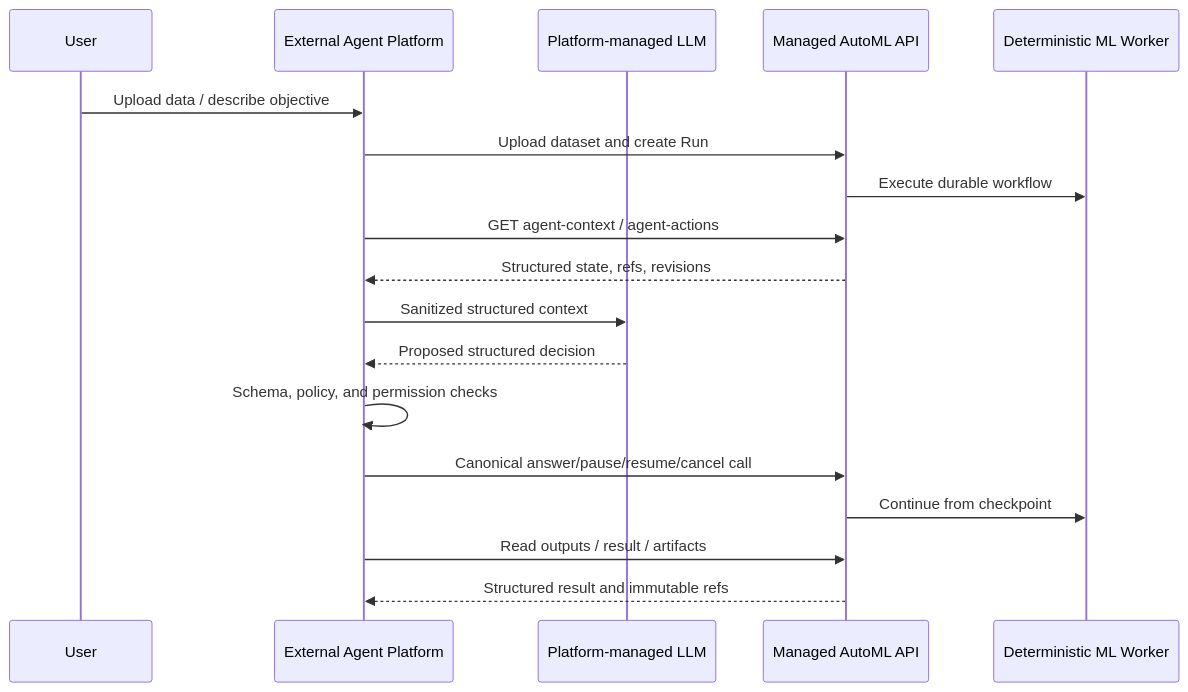
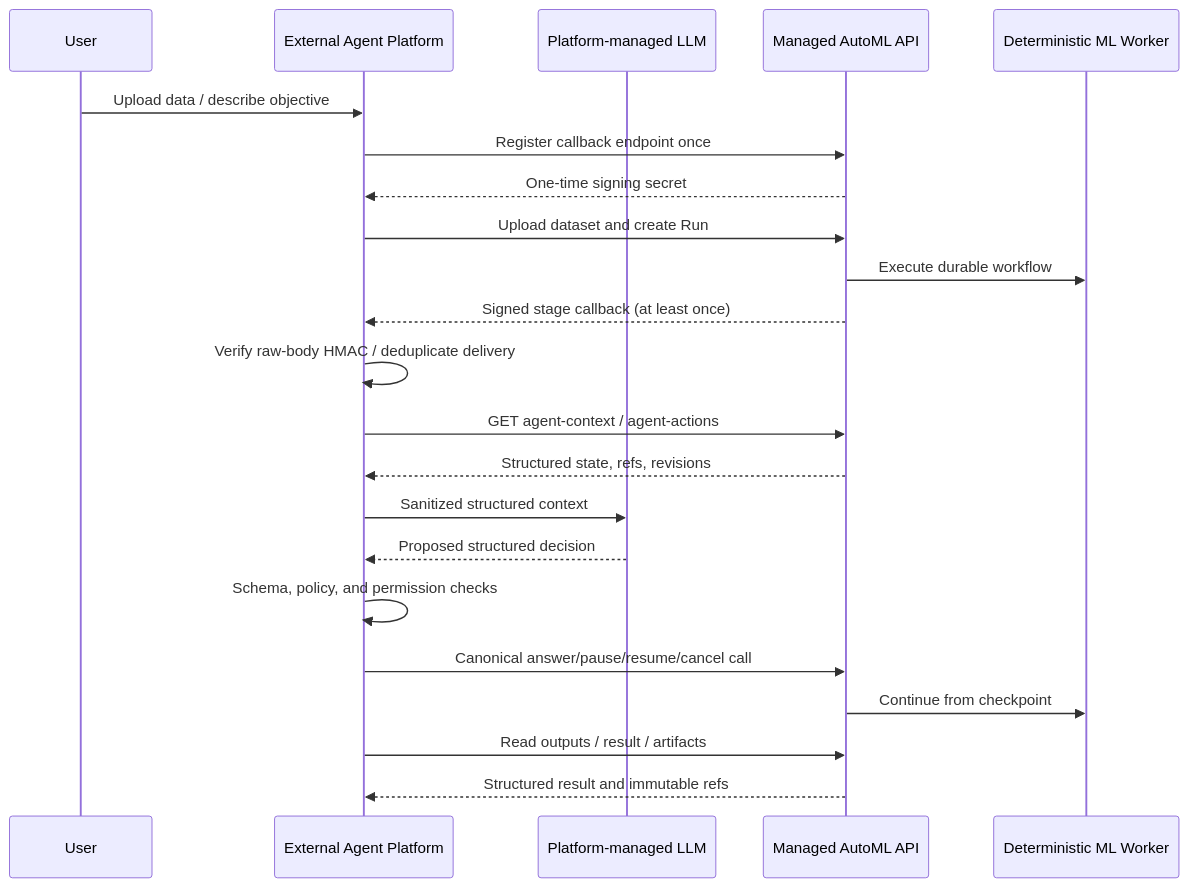
Before and after one commit to 2270677671/automl-api: the diagram in docs/external-agent-integration.md, drawn with Mermaid. The commit also changed other lines of this file and 60 other files, not shown here.

````diff
--- a/docs/external-agent-integration.md
+++ b/docs/external-agent-integration.md
@@ -11,21 +11,25 @@
 ```mermaid
 sequenceDiagram
     participant User as User
     participant Platform as External Agent Platform
     participant LLM as Platform-managed LLM
     participant API as Managed AutoML API
     participant Worker as Deterministic ML Worker
 
     User->>Platform: Upload data / describe objective
+    Platform->>API: Register callback endpoint once
+    API-->>Platform: One-time signing secret
     Platform->>API: Upload dataset and create Run
     API->>Worker: Execute durable workflow
+    API-->>Platform: Signed stage callback (at least once)
+    Platform->>Platform: Verify raw-body HMAC / deduplicate delivery
     Platform->>API: GET agent-context / agent-actions
     API-->>Platform: Structured state, refs, revisions
     Platform->>LLM: Sanitized structured context
     LLM-->>Platform: Proposed structured decision
     Platform->>Platform: Schema, policy, and permission checks
     Platform->>API: Canonical answer/pause/resume/cancel call
     API->>Worker: Continue from checkpoint
     Platform->>API: Read outputs / result / artifacts
     API-->>Platform: Structured result and immutable refs
 ```
````
